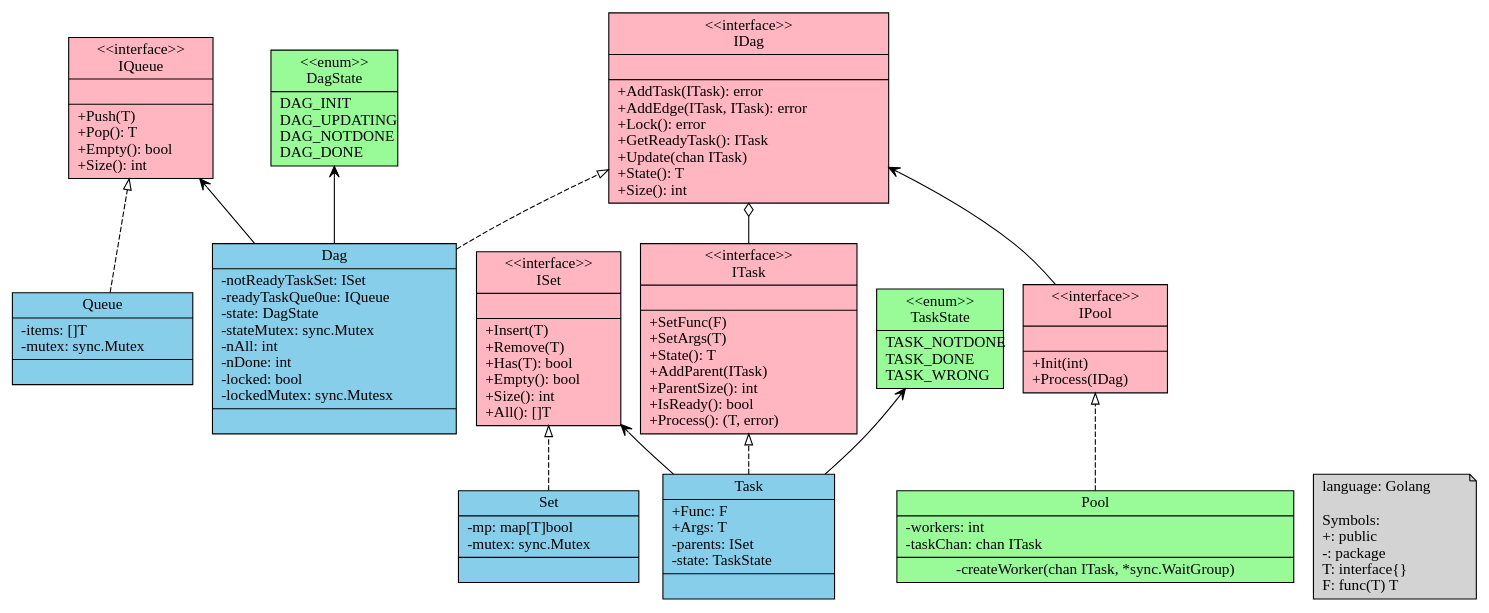
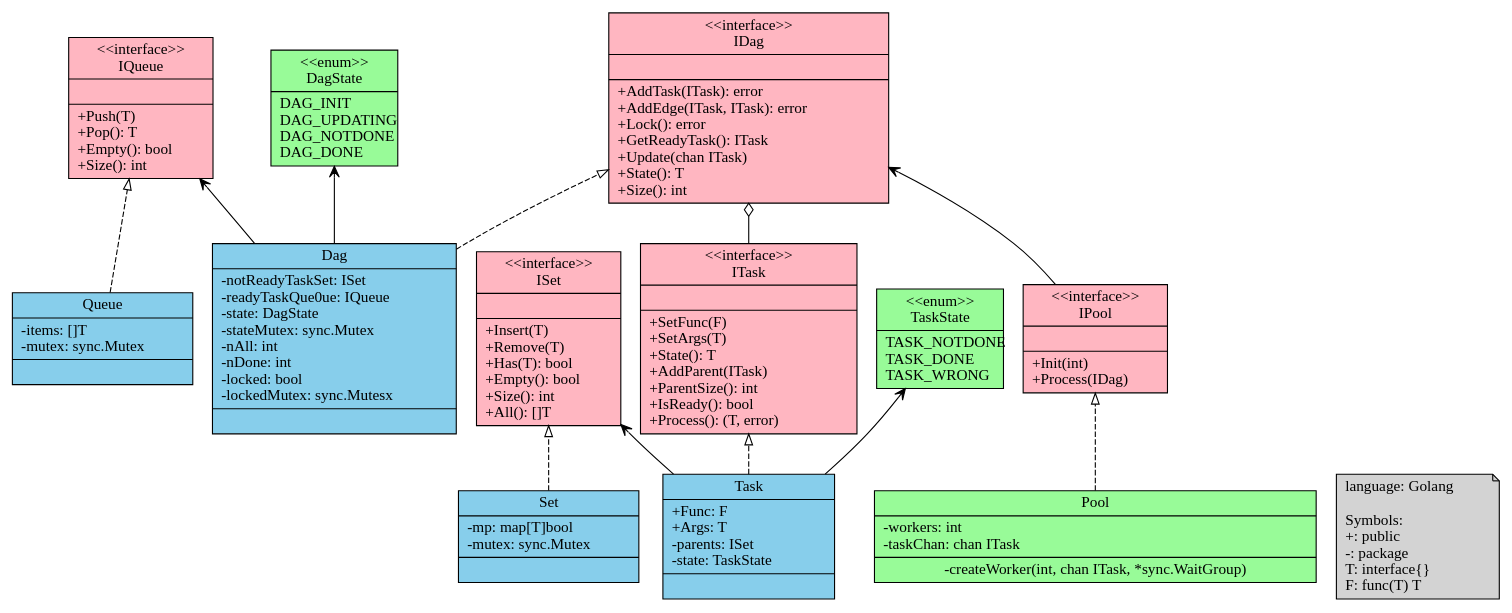
The diagram in stargo/stargo.dot (lightjameslyy/uml), drawn with Graphviz before and after one commit.

Commit message:
add int as rank for goroutine

```diff
--- a/stargo/stargo.dot
+++ b/stargo/stargo.dot
@@ -1,109 +1,109 @@
 digraph stargo {
     rankdir=BT
 
     graph [fontname = "Inconsolata"];
     node [fontname = "Inconsolata"];
     edge [fontname = "Inconsolata"];
 
     node [
         shape = "record"
         style = "filled"
         fillcolor = "lightpink"
     ]
 
     IQueue [
         label = "{\<\<interface\>\>\nIQueue||+Push(T)\l+Pop(): T\l+Empty(): bool\l+Size(): int\l}"
     ]
 
     ISet [
         label = "{\<\<interface\>\>\nISet||+Insert(T)\l+Remove(T)\l+Has(T): bool\l+Empty(): bool\l+Size(): int\l+All(): []T\l}"
     ]
 
     ITask [
         label = "{\<\<interface\>\>\nITask||+SetFunc(F)\l+SetArgs(T)\l+State(): T\l+AddParent(ITask)\l+ParentSize(): int\l+IsReady(): bool\l+Process(): (T, error)\l}"
     ]
 
     IDag [
         label = "{\<\<interface\>\>\nIDag||+AddTask(ITask): error\l+AddEdge(ITask, ITask): error\l+Lock(): error\l+GetReadyTask(): ITask\l+Update(chan ITask)\l+State(): T\l+Size(): int\l}"
     ]
 
     IPool [
         label = "{\<\<interface\>\>\nIPool||+Init(int)\l+Process(IDag)\l}"
     ]
 
     node [
         fillcolor = "skyblue"
     ]
 
     Queue [
         label = "{Queue|-items: []T\l-mutex: sync.Mutex\l|}"
     ]
 
     Set [
         label = "{Set|-mp: map[T]bool\l-mutex: sync.Mutex\l|}"
     ]
 
     Task [
         label = "{Task|+Func: F\l+Args: T\l-parents: ISet\l-state: TaskState\l|}"
     ]
 
     Dag [
         label = "{Dag|-notReadyTaskSet: ISet\l-readyTaskQue0ue: IQueue\l-state: DagState\l-stateMutex: sync.Mutex\l-nAll: int\l-nDone: int\l-locked: bool\l-lockedMutex: sync.Mutesx\l|}"
     ]
 
     node [
         fillcolor = "palegreen"
     ]
 
     TaskState [
         label = "{\<\<enum\>\>\nTaskState\n|TASK_NOTDONE\lTASK_DONE\lTASK_WRONG\l}"
     ]
 
     DagState [
         label = "{\<\<enum\>\>\nDagState\n|DAG_INIT\lDAG_UPDATING\lDAG_NOTDONE\lDAG_DONE\l}"
     ]
 
     Pool [
-        label = "{Pool|-workers: int\l-taskChan: chan ITask\l|-createWorker(chan ITask, *sync.WaitGroup)}"
+        label = "{Pool|-workers: int\l-taskChan: chan ITask\l|-createWorker(int, chan ITask, *sync.WaitGroup)}"
     ]
     node [
         shape = "note"
         fillcolor = "lightgray"
     ]
 
     note01 [
         label = "language: Golang\l\lSymbols:\l+: public\l-: package\lT: interface{}\lF: func(T) T\l"
     ]
 
 
     edge [
         style=dashed 
         arrowhead=empty
     ]
 
     Queue -> IQueue
     Set -> ISet
     Task -> ITask 
     Dag -> IDag 
     Pool -> IPool
 
     edge [
         style=solid
         arrowhead=vee
     ]
 
     Task -> ISet
     Task -> TaskState
     Dag -> IQueue
     Dag -> DagState
     IPool -> IDag 
 
     edge [
         style=solid
         arrowhead=odiamond
     ]
 
     ITask -> IDag
 
 
 }
```
